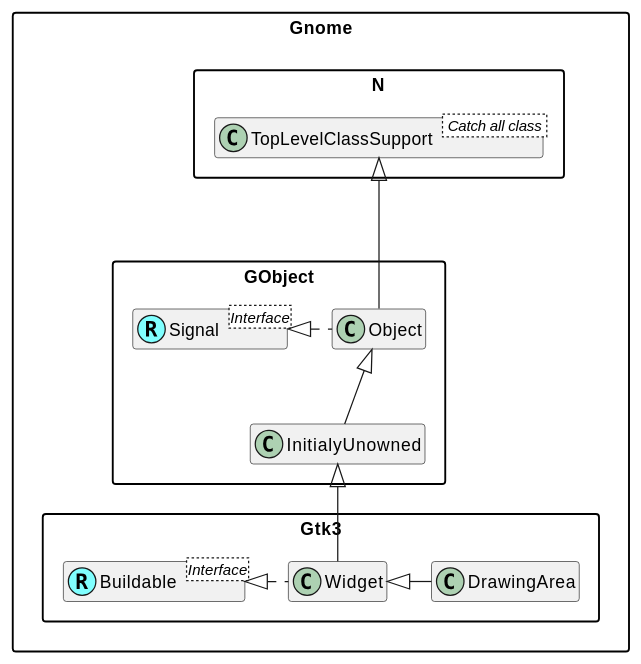
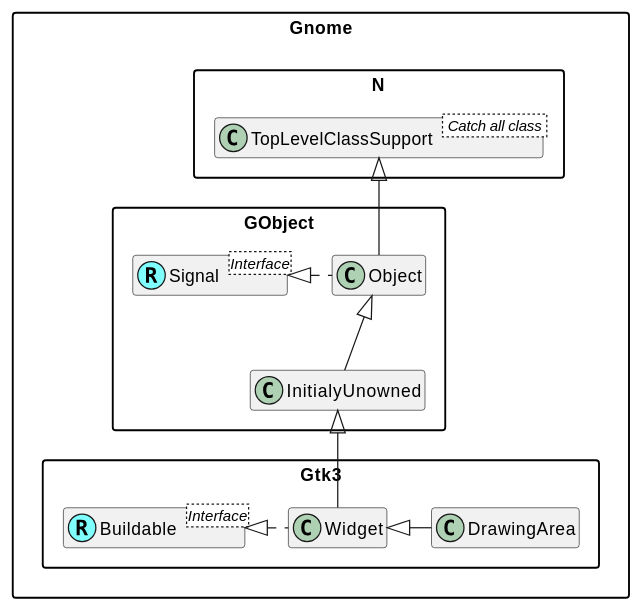
One commit to MARTIMM/gnome-gtk3 changed the diagram in doc/plantuml/DrawingArea.md. Above: the diagram before and after it, drawn with PlantUML. The commit also changed 4 other files, not shown here.

````diff
--- a/doc/plantuml/DrawingArea.md
+++ b/doc/plantuml/DrawingArea.md
@@ -1,27 +1,27 @@
 ```plantuml
 @startuml
 'scale 0.9
 skinparam packageStyle rectangle
 skinparam stereotypeCBackgroundColor #80ffff
 set namespaceSeparator ::
 hide members
 
 
 class Gnome::N::TopLevelClassSupport < Catch all class >
-Gnome::N::TopLevelClassSupport <|--- Gnome::GObject::Object
+Gnome::N::TopLevelClassSupport <|-- Gnome::GObject::Object
 
 Interface Gnome::GObject::Signal <Interface>
 class Gnome::GObject::Signal <<(R,#80ffff)>>
 
 Interface Gnome::Gtk3::Buildable <Interface>
 class Gnome::Gtk3::Buildable <<(R,#80ffff)>>
 
 Gnome::GObject::Object <|-- Gnome::GObject::InitialyUnowned
 Gnome::GObject::Signal <|. Gnome::GObject::Object
 
 Gnome::GObject::InitialyUnowned <|-- Gnome::Gtk3::Widget
 Gnome::Gtk3::Buildable <|. Gnome::Gtk3::Widget
 
 Gnome::Gtk3::Widget <|- Gnome::Gtk3::DrawingArea
 @enduml
 ```
````
